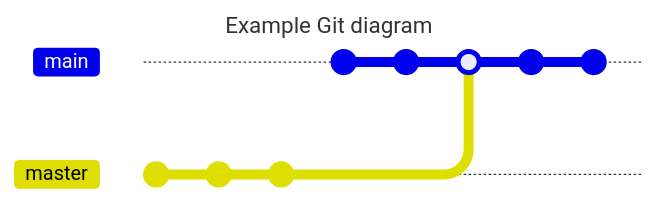
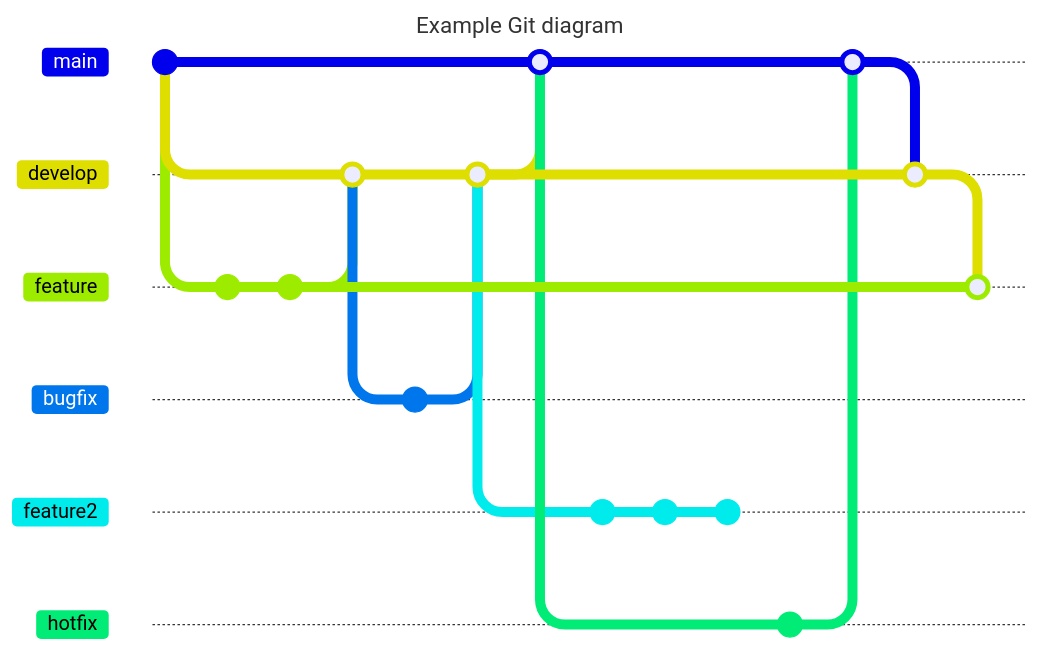
Before and after one commit to ICEI-PUC-Minas-PCO-SI/pco-si-2024-1-tiaw-agendamento-de-consultas: the second of 2 diagrams in docs/02 - relatório técnico/Relatorio Tecnico.md, drawn with Mermaid. The commit also changed other lines of this file, not shown here. Commit ids are hidden.

Commit message:
Diagrama de versionamento

````diff
--- a/docs/02 - relatório técnico/Relatorio Tecnico.md
+++ b/docs/02 - relatório técnico/Relatorio Tecnico.md
@@ -408,17 +408,40 @@
 ```mermaid
 ---
 title: Example Git diagram
 ---
 gitGraph
-  branch master
+  commit
+  checkout main
+  branch develop
+  checkout develop
+  branch feature
+  checkout feature
+  commit
+  commit
+
+  checkout develop
+  merge feature
+  branch bugfix
+  commit
+  checkout develop
+  merge bugfix
+  checkout main
+  merge develop
+  checkout develop
+  branch feature2
+  checkout  feature2
   commit
   commit
   commit
   checkout main
+  branch hotfix
   commit
-  commit
-  merge master
-  commit
-  commit
+  checkout main
+  merge hotfix
+  checkout develop
+  merge main
+  checkout feature
+  merge develop
+
   
 ```
````
